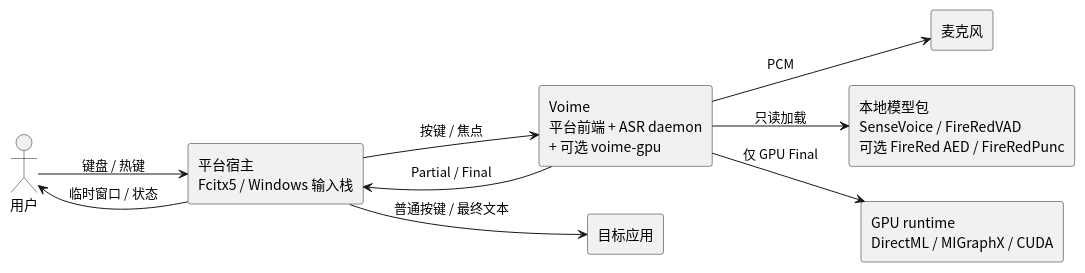
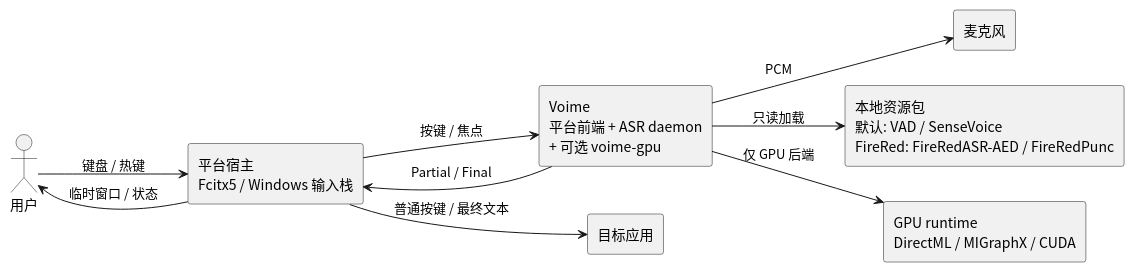
The diagram in diagram/general-architecture.puml (54m43lJ/voime), drawn with PlantUML before and after one commit. The commit also changed 127 other files, not shown here.

```diff
--- a/diagram/general-architecture.puml
+++ b/diagram/general-architecture.puml
@@ -1,23 +1,23 @@
 @startuml
 skinparam defaultFontName "Noto Sans CJK SC"
 skinparam shadowing false
 skinparam componentStyle rectangle
 left to right direction
 
 actor "用户" as User
 component "平台宿主\nFcitx5 / Windows 输入栈" as Host
 component "Voime\n平台前端 + ASR daemon\n+ 可选 voime-gpu" as Voime
 component "目标应用" as App
 component "麦克风" as Mic
-component "本地模型包\nSenseVoice / FireRedVAD\n可选 FireRed AED / FireRedPunc" as Models
+component "本地资源包\n默认: VAD / SenseVoice\nFireRed: FireRedASR-AED / FireRedPunc" as Models
 component "GPU runtime\nDirectML / MIGraphX / CUDA" as Gpu
 
 User --> Host : 键盘 / 热键
 Host --> Voime : 按键 / 焦点
 Voime --> Host : Partial / Final
 Host --> App : 普通按键 / 最终文本
 Host --> User : 临时窗口 / 状态
 Voime --> Mic : PCM
 Voime --> Models : 只读加载
-Voime --> Gpu : 仅 GPU Final
+Voime --> Gpu : 仅 GPU 后端
 @enduml
```
